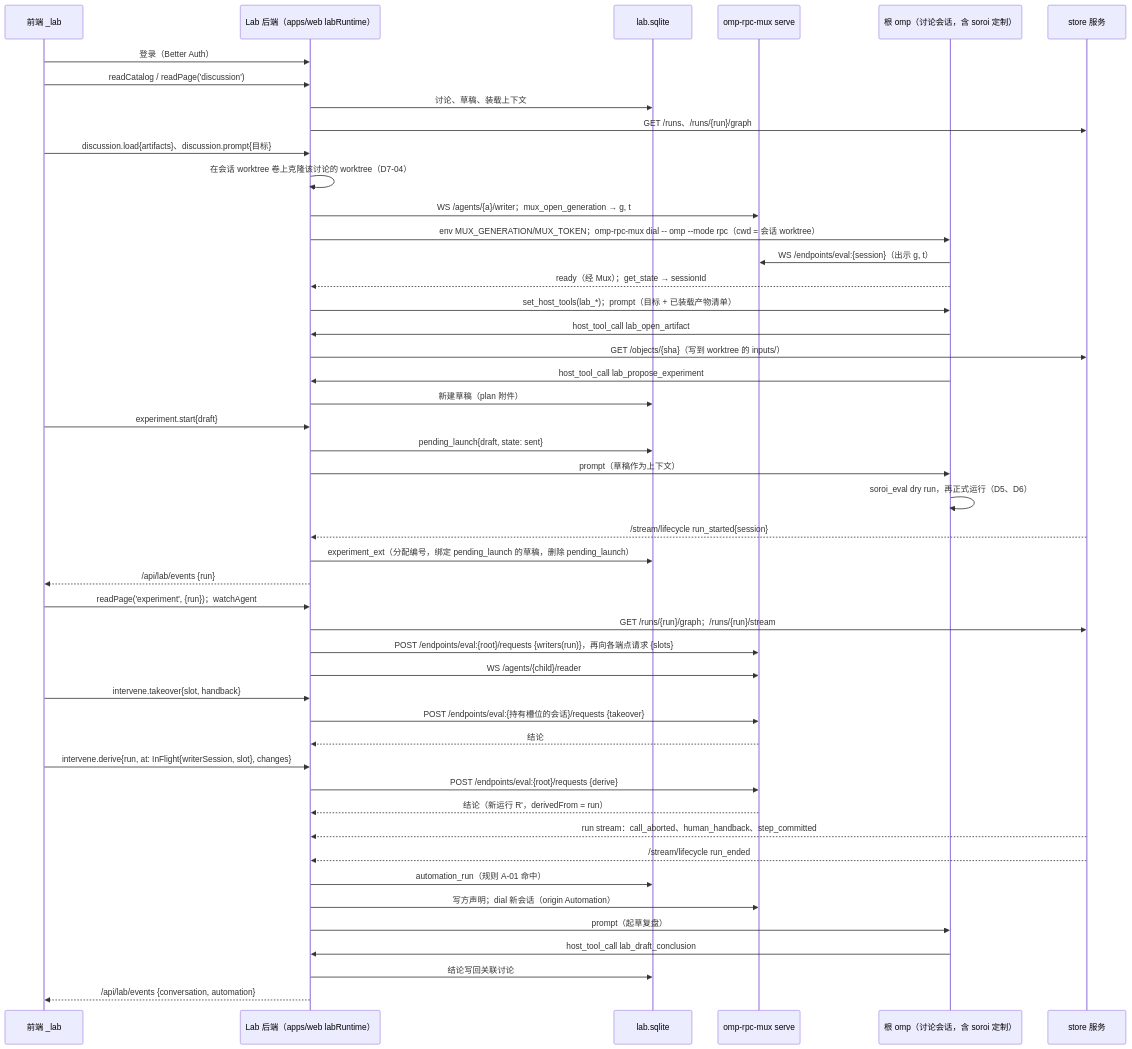
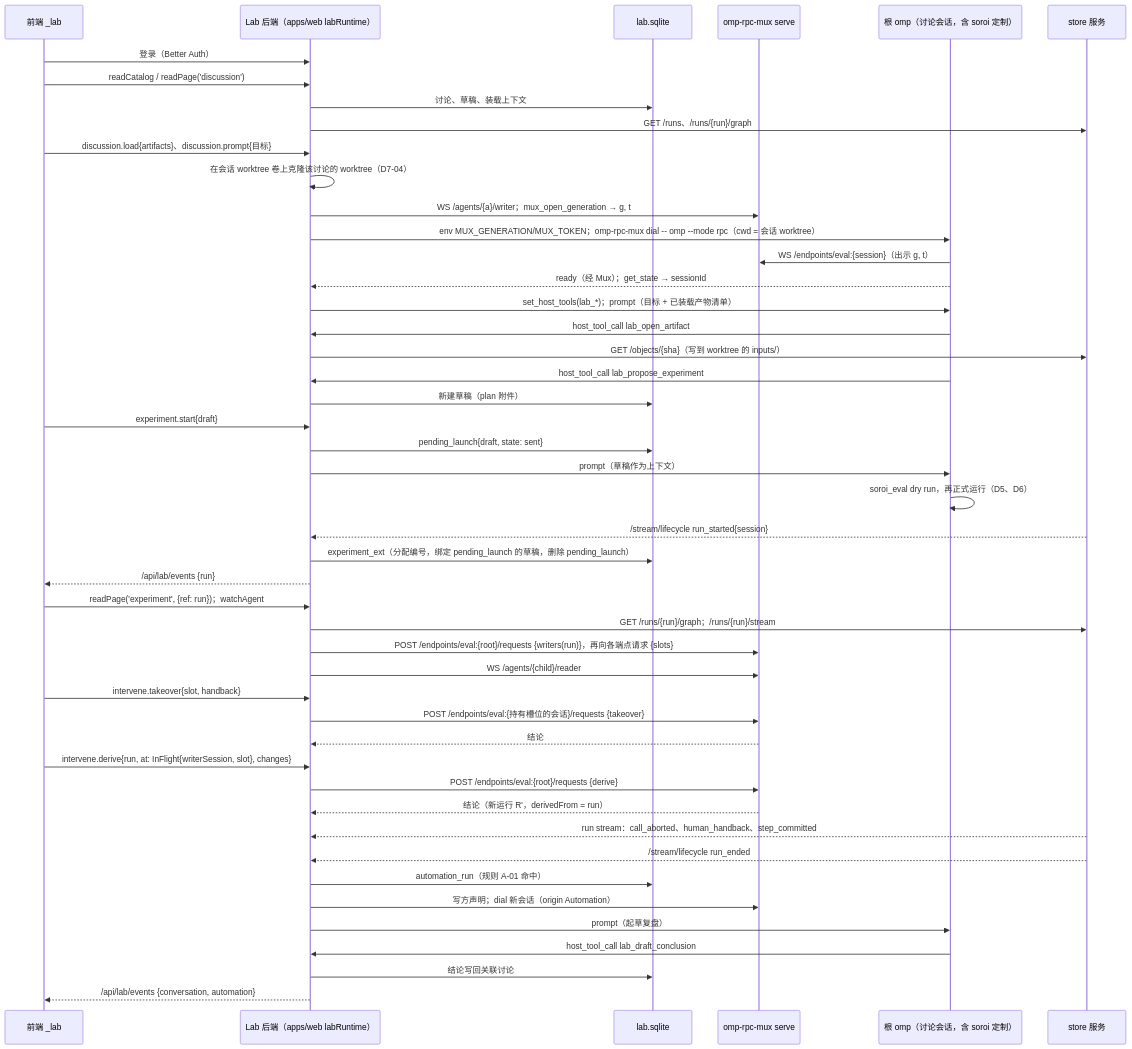
The diagram in evidence/decisions/D7-lab-backend.md (Pepgent/PM), drawn with Mermaid before and after one commit. The commit also changed other lines of this file and 1 other file, not shown here.

Commit message:
docs: back-write D12 Lab wire contract into D5 and D7

````diff
--- a/evidence/decisions/D7-lab-backend.md
+++ b/evidence/decisions/D7-lab-backend.md
@@ -226,49 +163,49 @@
 ```mermaid
 sequenceDiagram
     participant UI as 前端 _lab
     participant LAB as Lab 后端（apps/web labRuntime）
     participant DB as lab.sqlite
     participant MUX as omp-rpc-mux serve
     participant O as 根 omp（讨论会话，含 soroi 定制）
     participant ST as store 服务
     UI->>LAB: 登录（Better Auth）
     UI->>LAB: readCatalog / readPage('discussion')
     LAB->>DB: 讨论、草稿、装载上下文
     LAB->>ST: GET /runs、/runs/{run}/graph
     UI->>LAB: discussion.load{artifacts}、discussion.prompt{目标}
     LAB->>LAB: 在会话 worktree 卷上克隆该讨论的 worktree（D7-04）
     LAB->>MUX: WS /agents/{a}/writer；mux_open_generation → g, t
     LAB->>O: env MUX_GENERATION/MUX_TOKEN；omp-rpc-mux dial -- omp --mode rpc（cwd = 会话 worktree）
     O->>MUX: WS /endpoints/eval:{session}（出示 g, t）
     O-->>LAB: ready（经 Mux）；get_state → sessionId
     LAB->>O: set_host_tools(lab_*)；prompt（目标 + 已装载产物清单）
     O->>LAB: host_tool_call lab_open_artifact
     LAB->>ST: GET /objects/{sha}（写到 worktree 的 inputs/）
     O->>LAB: host_tool_call lab_propose_experiment
     LAB->>DB: 新建草稿（plan 附件）
     UI->>LAB: experiment.start{draft}
     LAB->>DB: pending_launch{draft, state: sent}
     LAB->>O: prompt（草稿作为上下文）
     O->>O: soroi_eval dry run，再正式运行（D5、D6）
     ST-->>LAB: /stream/lifecycle run_started{session}
     LAB->>DB: experiment_ext（分配编号，绑定 pending_launch 的草稿，删除 pending_launch）
     LAB-->>UI: /api/lab/events {run}
-    UI->>LAB: readPage('experiment', {run})；watchAgent
+    UI->>LAB: readPage('experiment', {ref: run})；watchAgent
     LAB->>ST: GET /runs/{run}/graph；/runs/{run}/stream
     LAB->>MUX: POST /endpoints/eval:{root}/requests {writers(run)}，再向各端点请求 {slots}
     LAB->>MUX: WS /agents/{child}/reader
     UI->>LAB: intervene.takeover{slot, handback}
     LAB->>MUX: POST /endpoints/eval:{持有槽位的会话}/requests {takeover}
     MUX-->>LAB: 结论
     UI->>LAB: intervene.derive{run, at: InFlight{writerSession, slot}, changes}
     LAB->>MUX: POST /endpoints/eval:{root}/requests {derive}
     MUX-->>LAB: 结论（新运行 R'，derivedFrom = run）
     ST-->>LAB: run stream：call_aborted、human_handback、step_committed
     ST-->>LAB: /stream/lifecycle run_ended
     LAB->>DB: automation_run（规则 A-01 命中）
     LAB->>MUX: 写方声明；dial 新会话（origin Automation）
     LAB->>O: prompt（起草复盘）
     O->>LAB: host_tool_call lab_draft_conclusion
     LAB->>DB: 结论写回关联讨论
     LAB-->>UI: /api/lab/events {conversation, automation}
 ```
````
